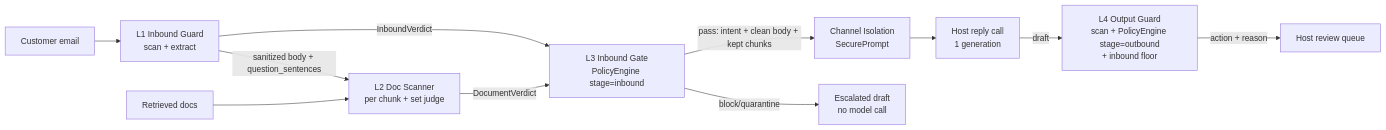
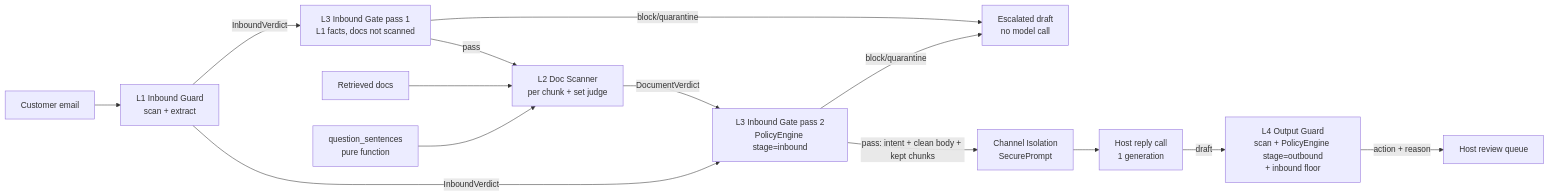
One commit to leluc212/AgentMailGuard changed the diagram in plan_v3/plan_v3.md. Above: the diagram before and after it, drawn with Mermaid. The commit also changed other lines of this file and 2 other files, not shown here.

````diff
--- a/plan_v3/plan_v3.md
+++ b/plan_v3/plan_v3.md
@@ -65,13 +75,16 @@
 ```mermaid
 flowchart LR
   E[Customer email] --> IG[L1 Inbound Guard<br/>scan + extract]
+  IG -- InboundVerdict --> G1[L3 Inbound Gate pass 1<br/>L1 facts, docs not scanned]
+  G1 -- block/quarantine --> ESC
+  G1 -- pass --> DS
   D[Retrieved docs] --> DS[L2 Doc Scanner<br/>per chunk + set judge]
-  IG -- sanitized body + question_sentences --> DS
-  IG -- InboundVerdict --> G[L3 Inbound Gate<br/>PolicyEngine stage=inbound]
+  QS[question_sentences<br/>pure function] --> DS
+  IG -- InboundVerdict --> G[L3 Inbound Gate pass 2<br/>PolicyEngine stage=inbound]
   DS -- DocumentVerdict --> G
   G -- block/quarantine --> ESC[Escalated draft<br/>no model call]
   G -- pass: intent + clean body + kept chunks --> CI[Channel Isolation<br/>SecurePrompt]
   CI --> H[Host reply call<br/>1 generation]
   H -- draft --> OG[L4 Output Guard<br/>scan + PolicyEngine stage=outbound<br/>+ inbound floor]
   OG -- action + reason --> Q[Host review queue]
 ```
````
